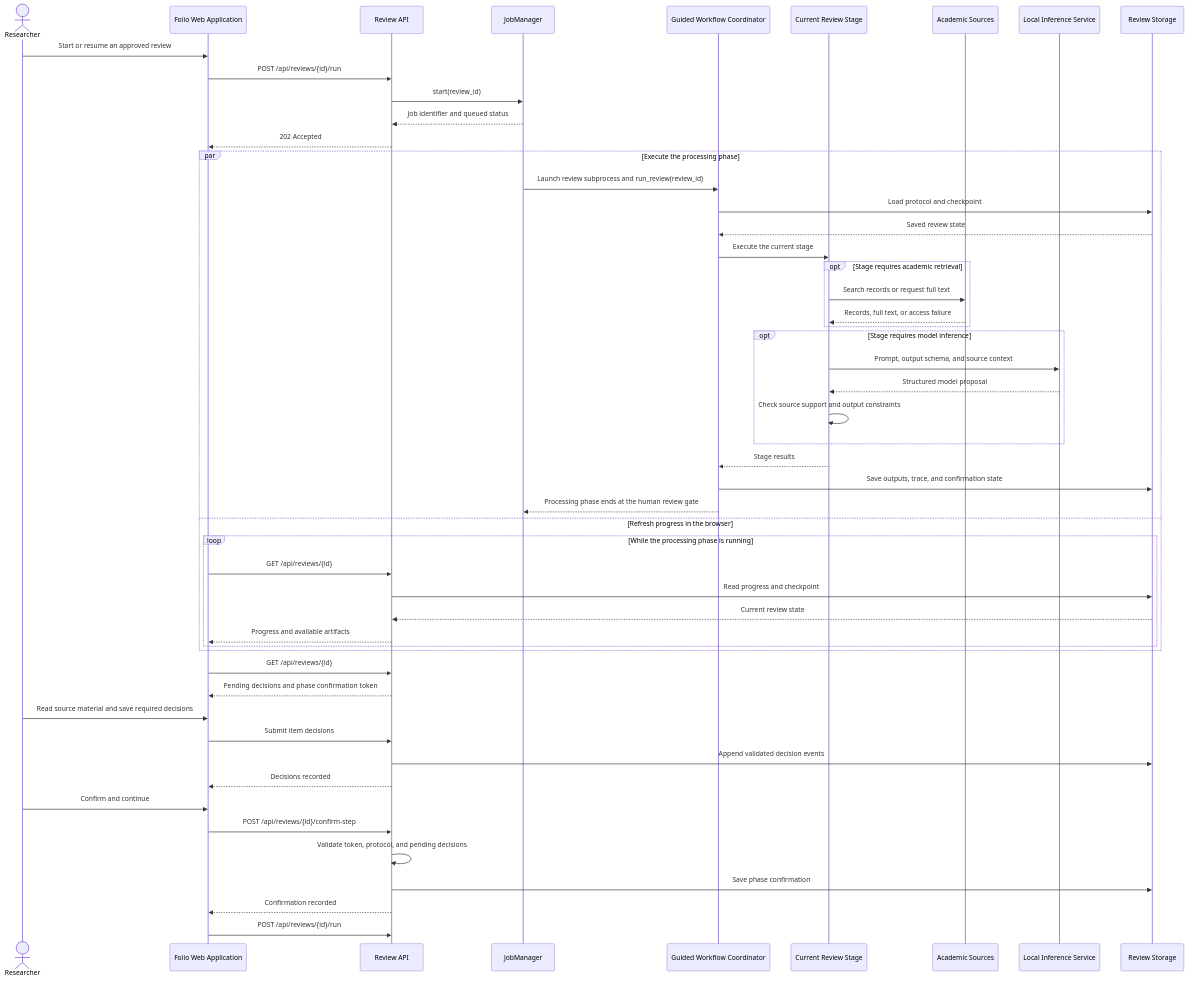
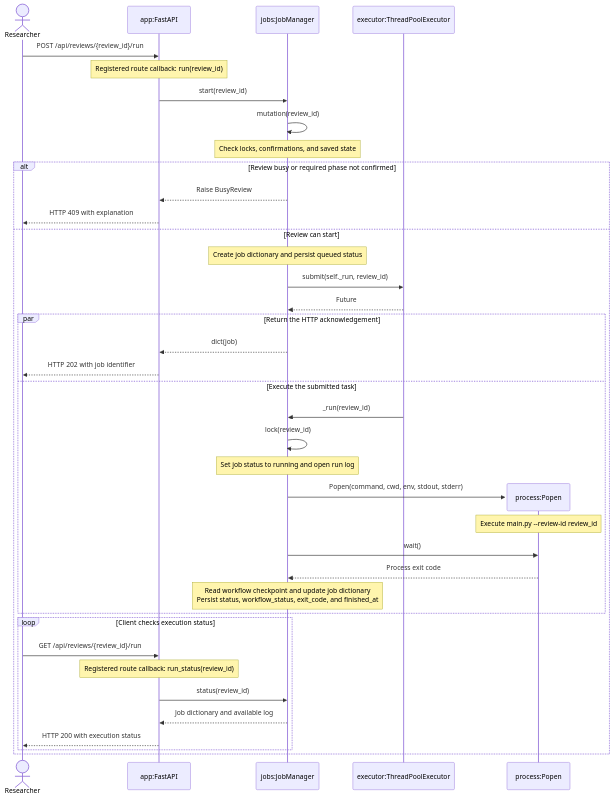
One commit to Loubnaelghazi/Agentic-AI-Pipeline-for-Systematic-Reviews-on-Any-Given-Topic-End-to-End-Project changed the fifth of 7 diagrams in README.md. Above: the diagram before and after it, drawn with Mermaid. The commit also changed other lines of this file, not shown here.

Commit message:
Use concrete object lifelines for the review job sequence

````diff
--- a/README.md
+++ b/README.md
@@ -336,55 +338,42 @@
 ```mermaid
 sequenceDiagram
     actor Researcher
-    participant WebApp as Folio Web Application
-    participant ReviewAPI as Review API
-    participant Jobs as JobManager
-    participant Workflow as Guided Workflow Coordinator
-    participant Stage as Current Review Stage
-    participant Sources as Academic Sources
-    participant Inference as Local Inference Service
-    participant Storage as Review Storage
+    participant App as app:FastAPI
+    participant Jobs as jobs:JobManager
+    participant Executor as executor:ThreadPoolExecutor
 
-    Researcher->>WebApp: Start or resume an approved review
-    WebApp->>ReviewAPI: POST /api/reviews/{id}/run
-    ReviewAPI->>Jobs: start(review_id)
-    Jobs-->>ReviewAPI: Job identifier and queued status
-    ReviewAPI-->>WebApp: 202 Accepted
-    par Execute the processing phase
-        Jobs->>Workflow: Launch review subprocess and run_review(review_id)
-        Workflow->>Storage: Load protocol and checkpoint
-        Storage-->>Workflow: Saved review state
-        Workflow->>Stage: Execute the current stage
-        opt Stage requires academic retrieval
-            Stage->>Sources: Search records or request full text
-            Sources-->>Stage: Records, full text, or access failure
+    Researcher->>App: POST /api/reviews/{review_id}/run
+    Note over App: Registered route callback: run(review_id)
+    App->>Jobs: start(review_id)
+    Jobs->>Jobs: mutation(review_id)
+    Note over Jobs: Check locks, confirmations, and saved state
+    alt Review busy or required phase not confirmed
+        Jobs-->>App: Raise BusyReview
+        App-->>Researcher: HTTP 409 with explanation
+    else Review can start
+        Note over Jobs: Create job dictionary and persist queued status
+        Jobs->>Executor: submit(self._run, review_id)
+        Executor-->>Jobs: Future
+        par Return the HTTP acknowledgement
+            Jobs-->>App: dict(job)
+            App-->>Researcher: HTTP 202 with job identifier
+        and Execute the submitted task
+            Executor->>Jobs: _run(review_id)
+            Jobs->>Jobs: lock(review_id)
+            Note over Jobs: Set job status to running and open run log
+            create participant Process as process:Popen
+            Jobs->>Process: Popen(command, cwd, env, stdout, stderr)
+            Note over Process: Execute main.py --review-id review_id
+            Jobs->>Process: wait()
+            Process-->>Jobs: Process exit code
+            Note over Jobs: Read workflow checkpoint and update job dictionary<br/>Persist status, workflow_status, exit_code, and finished_at
         end
-        opt Stage requires model inference
-            Stage->>Inference: Prompt, output schema, and source context
-            Inference-->>Stage: Structured model proposal
-            Stage->>Stage: Check source support and output constraints
-        end
-        Stage-->>Workflow: Stage results
-        Workflow->>Storage: Save outputs, trace, and confirmation state
-        Workflow-->>Jobs: Processing phase ends at the human review gate
-    and Refresh progress in the browser
-        loop While the processing phase is running
-            WebApp->>ReviewAPI: GET /api/reviews/{id}
-            ReviewAPI->>Storage: Read progress and checkpoint
-            Storage-->>ReviewAPI: Current review state
-            ReviewAPI-->>WebApp: Progress and available artifacts
+        loop Client checks execution status
+            Researcher->>App: GET /api/reviews/{review_id}/run
+            Note over App: Registered route callback: run_status(review_id)
+            App->>Jobs: status(review_id)
+            Jobs-->>App: Job dictionary and available log
+            App-->>Researcher: HTTP 200 with execution status
         end
     end
-    WebApp->>ReviewAPI: GET /api/reviews/{id}
-    ReviewAPI-->>WebApp: Pending decisions and phase confirmation token
-    Researcher->>WebApp: Read source material and save required decisions
-    WebApp->>ReviewAPI: Submit item decisions
-    ReviewAPI->>Storage: Append validated decision events
-    ReviewAPI-->>WebApp: Decisions recorded
-    Researcher->>WebApp: Confirm and continue
-    WebApp->>ReviewAPI: POST /api/reviews/{id}/confirm-step
-    ReviewAPI->>ReviewAPI: Validate token, protocol, and pending decisions
-    ReviewAPI->>Storage: Save phase confirmation
-    ReviewAPI-->>WebApp: Confirmation recorded
-    WebApp->>ReviewAPI: POST /api/reviews/{id}/run
 ```
````
